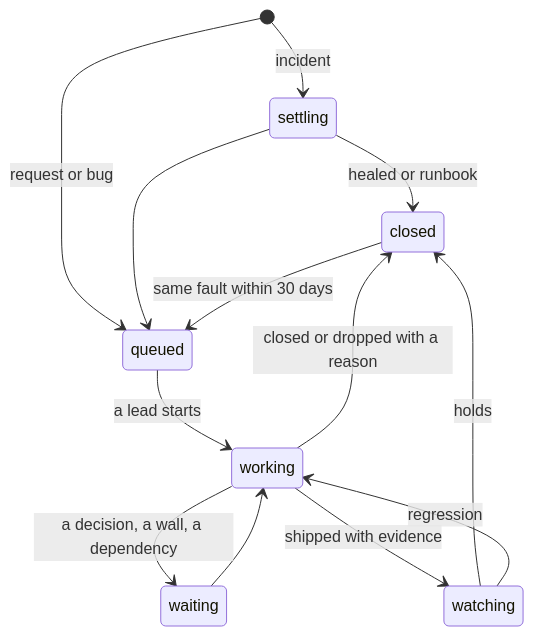
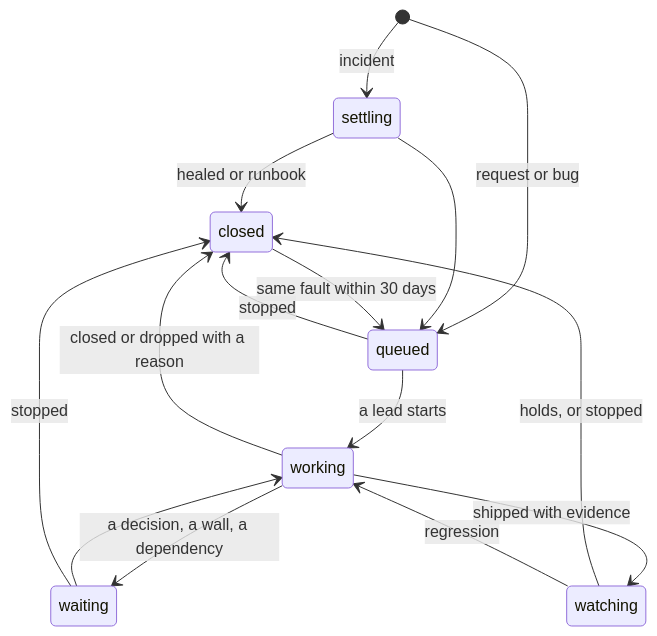
Before and after one commit to jkrumm/software-factory: the second of 2 diagrams in docs/design.md, drawn with Mermaid. The commit also changed other lines of this file and 19 other files, not shown here.

````diff
--- a/docs/design.md
+++ b/docs/design.md
@@ -549,15 +550,17 @@
 ```mermaid
 stateDiagram-v2
   [*] --> settling: incident
   [*] --> queued: request or bug
   settling --> closed: healed or runbook
   settling --> queued
   queued --> working: a lead starts
+  queued --> closed: stopped
   working --> waiting: a decision, a wall, a dependency
   waiting --> working
+  waiting --> closed: stopped
   working --> watching: shipped with evidence
   working --> closed: closed or dropped with a reason
-  watching --> closed: holds
+  watching --> closed: holds, or stopped
   watching --> working: regression
   closed --> queued: same fault within 30 days
 ```
````
